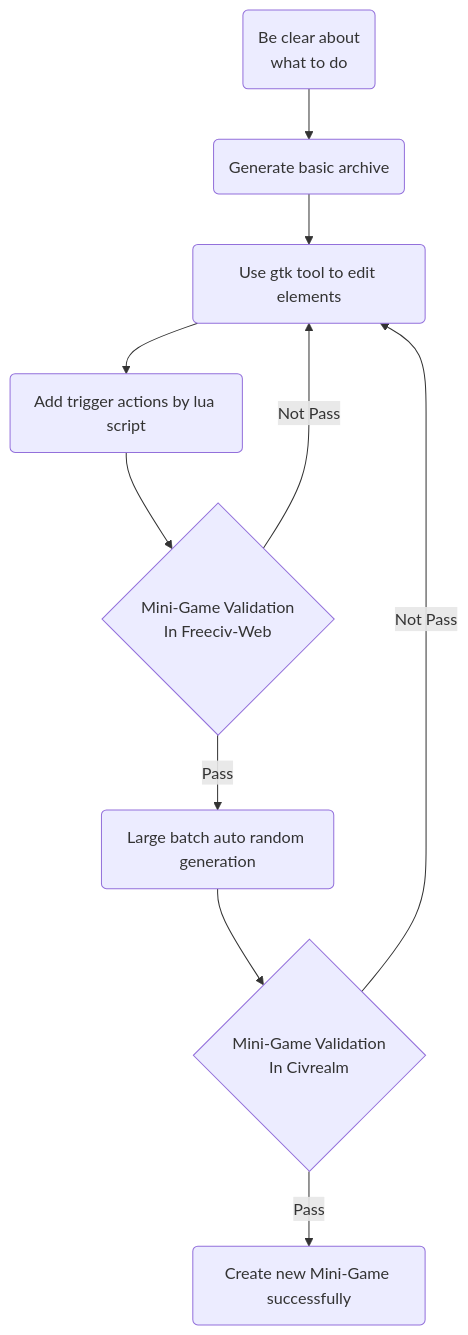
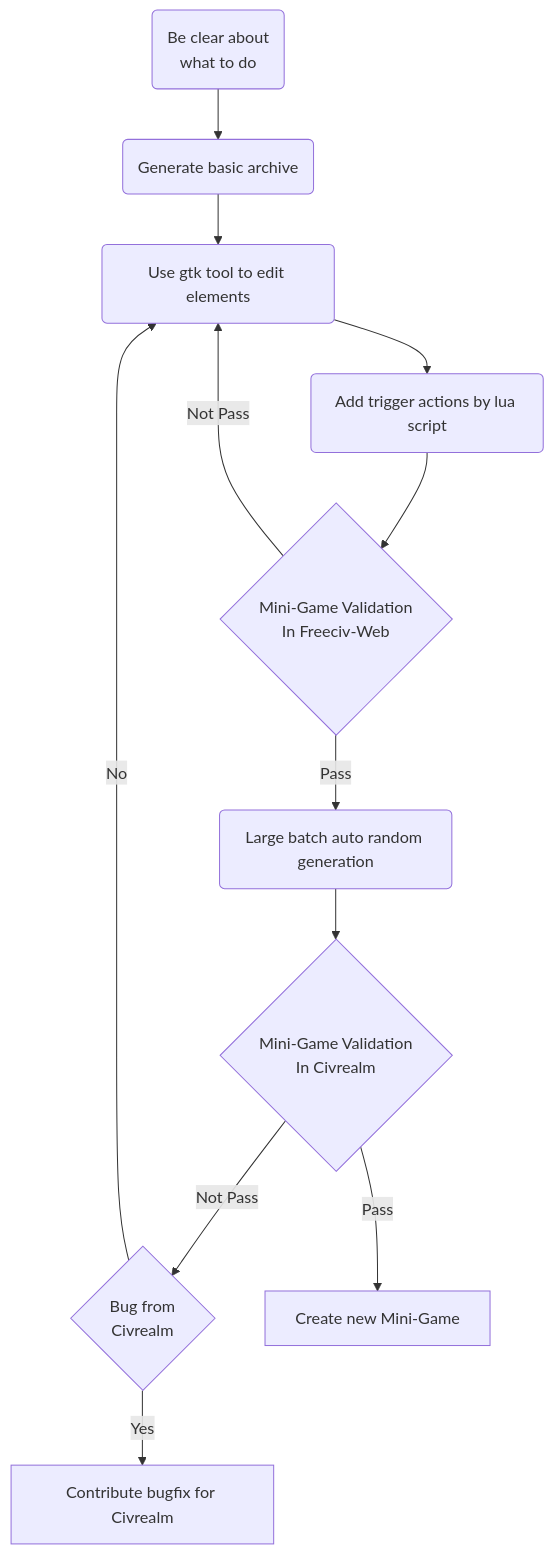
Before and after one commit to fdrocha/forecastbench-sim: the diagram in docs/advanced_materials/minigame.md, drawn with Mermaid. The commit also changed other lines of this file and 1 other file, not shown here.

Commit message:
update mini-game doc

````diff
--- a/docs/advanced_materials/minigame.md
+++ b/docs/advanced_materials/minigame.md
@@ -253,13 +253,14 @@
 ```mermaid
 graph TD
     A(Be clear about \nwhat to do) --> B(Generate basic archive)
     B --> D(Use gtk tool to edit elements)
     D --> F(Add trigger actions by lua script)
     F --> C{Mini-Game Validation\n In Freeciv-Web}
     C --> |Not Pass| D 
     C --> |Pass| E(Large batch auto random generation)
     E --> H{Mini-Game Validation\n In Civrealm}
-    H --> |Not Pass| D
-    H --> |Pass| I(Create new Mini-Game successfully)
-
+    H --> |Not Pass| J{Bug from \nCivrealm}
+    J --> |Yes| K[Contribute bugfix for Civrealm]
+    J --> |No| D
+    H --> |Pass| I[Create new Mini-Game]
 ```
````
